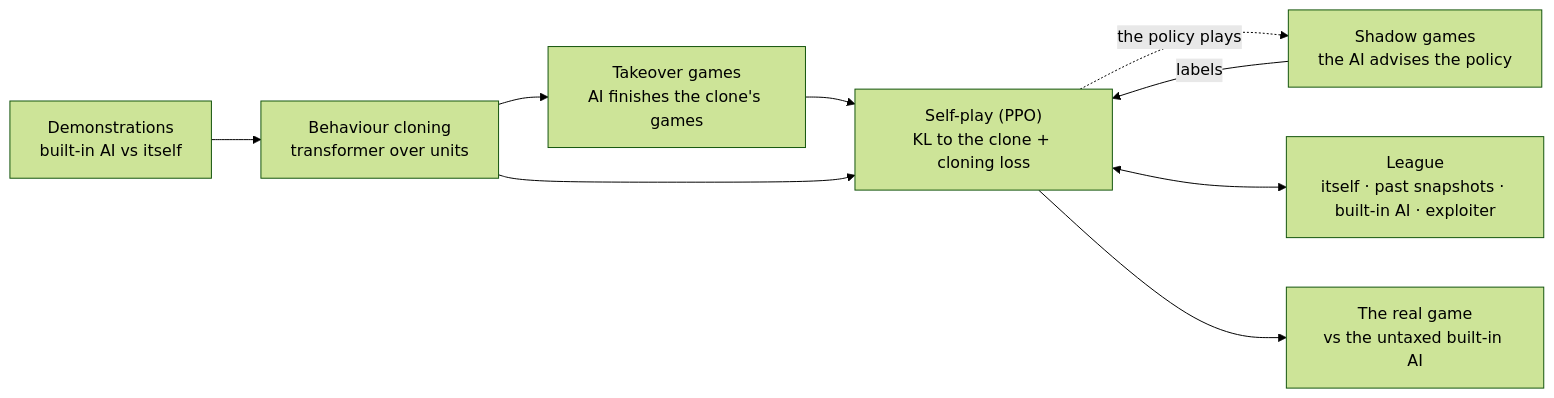
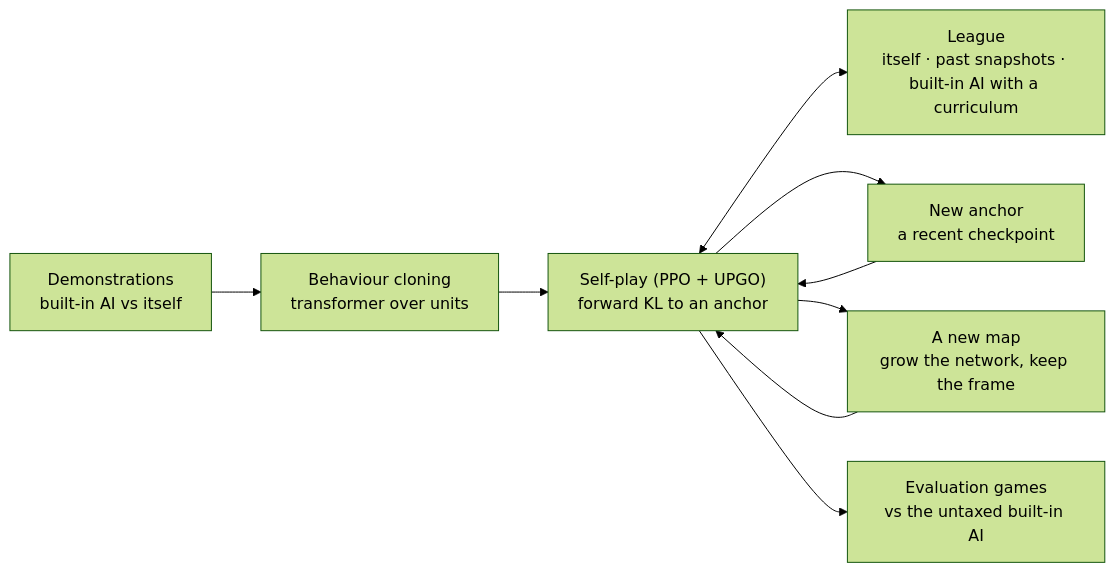
The diagram in docs/overview.md (RobinKa/warcraftsim), drawn with Mermaid (forest theme) before and after one commit. The commit also changed other lines of this file and 9 other files, not shown here.

````diff
--- a/docs/overview.md
+++ b/docs/overview.md
@@ -16,11 +18,11 @@
 ```mermaid
 flowchart LR
   D["Demonstrations<br/>built-in AI vs itself"] --> BC["Behaviour cloning<br/>transformer over units"]
-  BC --> T["Takeover games<br/>AI finishes the clone's games"]
-  T --> SP["Self-play (PPO)<br/>KL to the clone + cloning loss"]
-  SP -. "the policy plays" .-> SH["Shadow games<br/>the AI advises the policy"]
-  SH -- "labels" --> SP
-  BC --> SP
-  SP <--> L["League<br/>itself · past snapshots · built-in AI · exploiter"]
-  SP --> E["The real game<br/>vs the untaxed built-in AI"]
+  BC --> SP["Self-play (PPO + UPGO)<br/>forward KL to an anchor"]
+  SP <--> L["League<br/>itself · past snapshots · built-in AI with a curriculum"]
+  SP --> A["New anchor<br/>a recent checkpoint"]
+  A --> SP
+  SP --> M["A new map<br/>grow the network, keep the frame"]
+  M --> SP
+  SP --> E["Evaluation games<br/>vs the untaxed built-in AI"]
 ```
````
